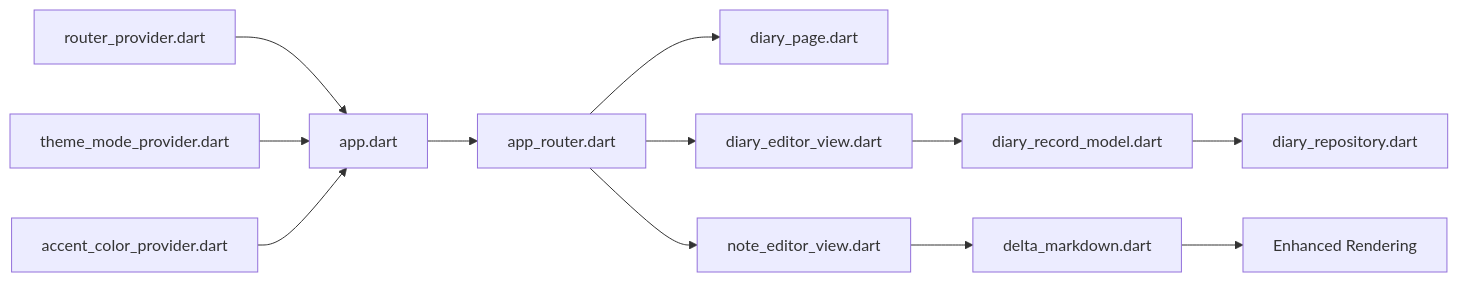
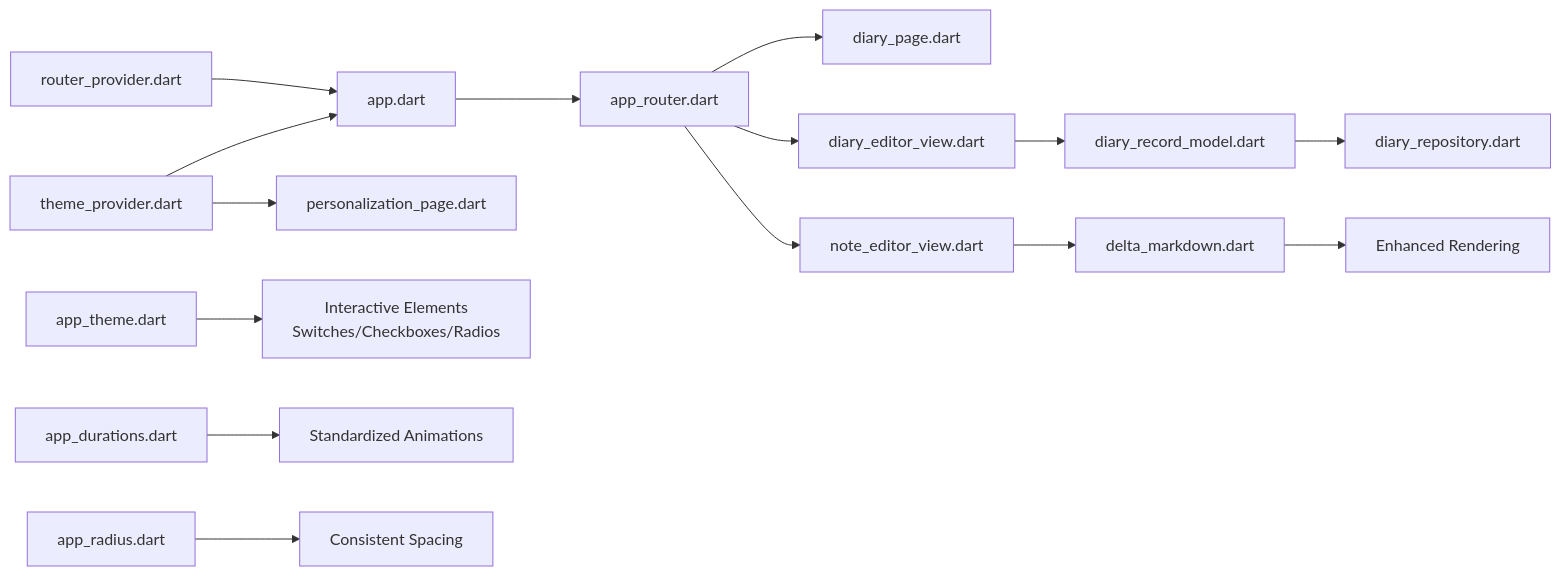
Before and after one commit to favoroo/QNote: the tenth of 10 diagrams in .qoder/repowiki/en/content/UI Components and Pages/UI Components and Pages.md, drawn with Mermaid. The commit also changed other lines of this file and 68 other files, not shown here.

````diff
--- a/.qoder/repowiki/en/content/UI Components and Pages/UI Components and Pages.md
+++ b/.qoder/repowiki/en/content/UI Components and Pages/UI Components and Pages.md
@@ -405,14 +523,17 @@
 ```mermaid
 graph LR
 ROUTER_PROVIDER["router_provider.dart"] --> APP_SHELL["app.dart"]
-THEME_PROVIDER["theme_mode_provider.dart"] --> APP_SHELL
-ACCENT_PROVIDER["accent_color_provider.dart"] --> APP_SHELL
+THEME_PROVIDER["theme_provider.dart"] --> APP_SHELL
+THEME_PROVIDER --> PERSONALIZATION["personalization_page.dart"]
 APP_SHELL --> ROUTER["app_router.dart"]
 ROUTER --> DIARY_PAGE["diary_page.dart"]
 ROUTER --> DIARY_EDITOR["diary_editor_view.dart"]
 ROUTER --> NOTE_EDITOR["note_editor_view.dart"]
 DIARY_EDITOR --> MODEL["diary_record_model.dart"]
 MODEL --> REPO["diary_repository.dart"]
 NOTE_EDITOR --> DELTA_MD["delta_markdown.dart"]
 DELTA_MD --> RENDERING["Enhanced Rendering"]
+APP_THEME["app_theme.dart"] --> WIDGETS["Interactive Elements<br/>Switches/Checkboxes/Radios"]
+APP_DURATIONS["app_durations.dart"] --> ANIMATIONS["Standardized Animations"]
+APP_RADIUS["app_radius.dart"] --> SPACING["Consistent Spacing"]
 ```
````
